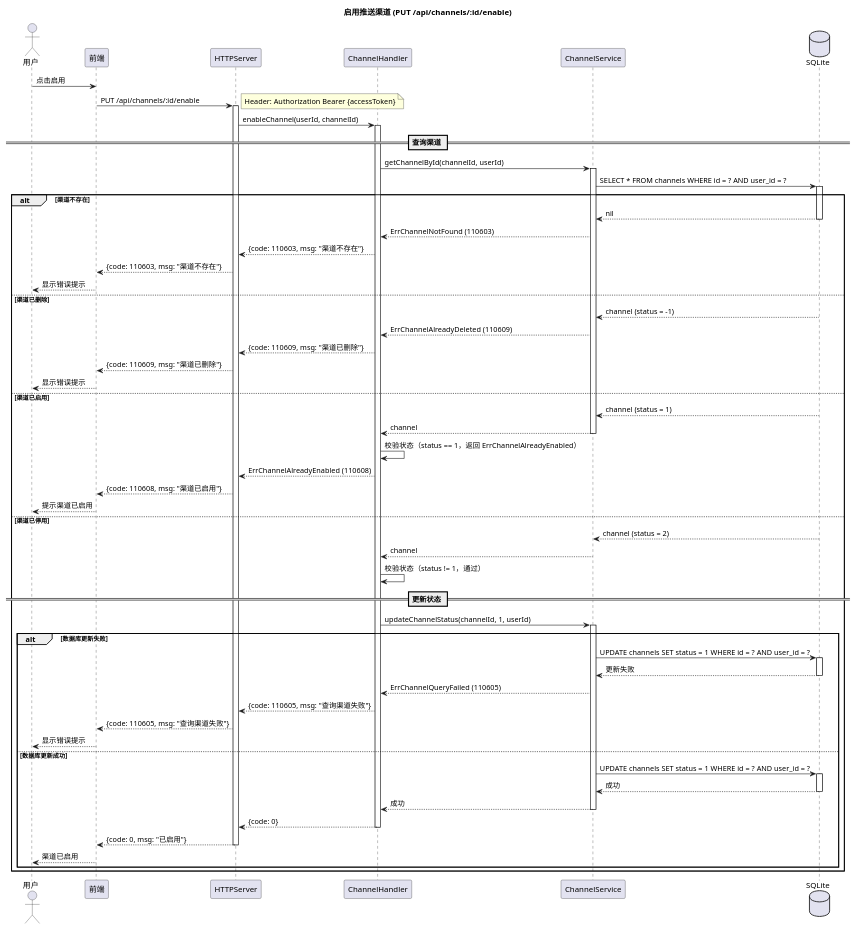
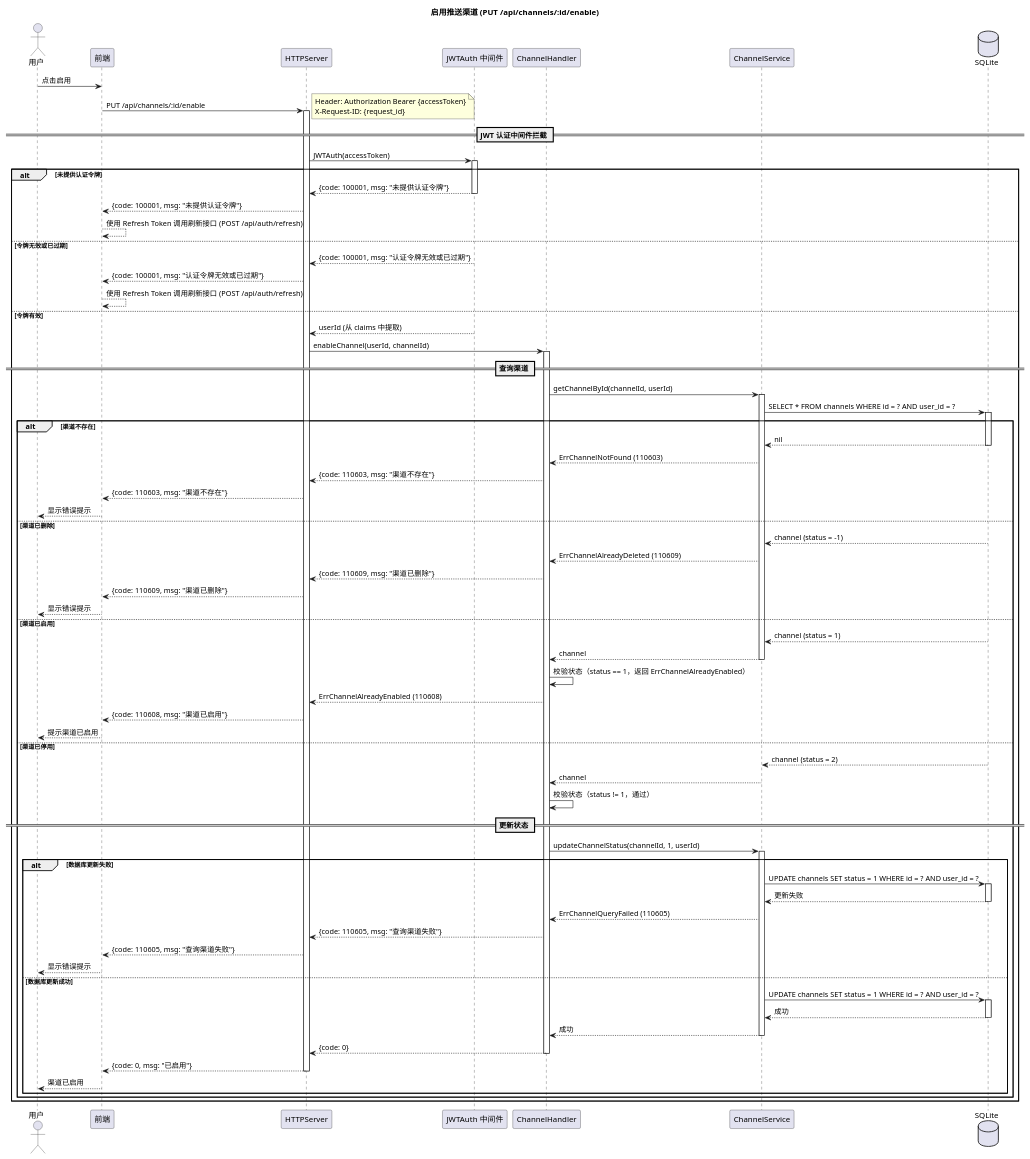
One commit to loommii/OctoTify changed the diagram in docs/uml/02-sequence/03-07-enable-channel.puml. Above: the diagram before and after it, drawn with PlantUML. The commit also changed 20 other files, not shown here.

First line of the commit message:
📝 docs(uml): 为消息模块时序图添加 JWT 认证流程

```diff
--- a/docs/uml/02-sequence/03-07-enable-channel.puml
+++ b/docs/uml/02-sequence/03-07-enable-channel.puml
@@ -1,88 +1,109 @@
 @startuml OctoTify_Sequence_EnableChannel
 
 skinparam sequenceStyle svg
 skinparam linetype ortho
 
 title 启用推送渠道 (PUT /api/channels/:id/enable)
 
 actor "用户" as User
 participant "前端" as Frontend
 participant "HTTPServer" as Server
+participant "JWTAuth 中间件" as JWT
 participant "ChannelHandler" as Handler
 participant "ChannelService" as Service
 database "SQLite" as DB
 
 User -> Frontend: 点击启用
 Frontend -> Server: PUT /api/channels/:id/enable
-note right: Header: Authorization Bearer {accessToken}
+note right: Header: Authorization Bearer {accessToken}\nX-Request-ID: {request_id}
 activate Server
-Server -> Handler: enableChannel(userId, channelId)
-activate Handler
 
-== 查询渠道 ==
+== JWT 认证中间件拦截 ==
 
-Handler -> Service: getChannelById(channelId, userId)
-activate Service
-Service -> DB: SELECT * FROM channels WHERE id = ? AND user_id = ?
-activate DB
+Server -> JWT: JWTAuth(accessToken)
+activate JWT
 
-alt 渠道不存在
-    DB --> Service: nil
-    deactivate DB
-    Service --> Handler: ErrChannelNotFound (110603)
-    Handler --> Server: {code: 110603, msg: "渠道不存在"}
-    Server --> Frontend: {code: 110603, msg: "渠道不存在"}
-    Frontend --> User: 显示错误提示
-else 渠道已删除
-    DB --> Service: channel (status = -1)
-    deactivate DB
-    Service --> Handler: ErrChannelAlreadyDeleted (110609)
-    Handler --> Server: {code: 110609, msg: "渠道已删除"}
-    Server --> Frontend: {code: 110609, msg: "渠道已删除"}
-    Frontend --> User: 显示错误提示
-else 渠道已启用
-    DB --> Service: channel (status = 1)
-    deactivate DB
-    Service --> Handler: channel
-    deactivate Service
-    Handler -> Handler: 校验状态（status == 1，返回 ErrChannelAlreadyEnabled）
-    Handler --> Server: ErrChannelAlreadyEnabled (110608)
-    Server --> Frontend: {code: 110608, msg: "渠道已启用"}
-    Frontend --> User: 提示渠道已启用
-else 渠道已停用
-    DB --> Service: channel (status = 2)
-    deactivate DB
-    Service --> Handler: channel
-    deactivate Service
-    Handler -> Handler: 校验状态（status != 1，通过）
+alt 未提供认证令牌
+    JWT --> Server: {code: 100001, msg: "未提供认证令牌"}
+    deactivate JWT
+    Server --> Frontend: {code: 100001, msg: "未提供认证令牌"}
+    Frontend --> Frontend: 使用 Refresh Token 调用刷新接口 (POST /api/auth/refresh)
+else 令牌无效或已过期
+    JWT --> Server: {code: 100001, msg: "认证令牌无效或已过期"}
+    deactivate JWT
+    Server --> Frontend: {code: 100001, msg: "认证令牌无效或已过期"}
+    Frontend --> Frontend: 使用 Refresh Token 调用刷新接口 (POST /api/auth/refresh)
+else 令牌有效
+    JWT --> Server: userId (从 claims 中提取)
+    deactivate JWT
+    Server -> Handler: enableChannel(userId, channelId)
+    activate Handler
 
-    == 更新状态 ==
+    == 查询渠道 ==
 
-    Handler -> Service: updateChannelStatus(channelId, 1, userId)
+    Handler -> Service: getChannelById(channelId, userId)
     activate Service
+    Service -> DB: SELECT * FROM channels WHERE id = ? AND user_id = ?
+    activate DB
 
-    alt 数据库更新失败
-        Service -> DB: UPDATE channels SET status = 1 WHERE id = ? AND user_id = ?
-        activate DB
-        DB --> Service: 更新失败
+    alt 渠道不存在
+        DB --> Service: nil
         deactivate DB
-        Service --> Handler: ErrChannelQueryFailed (110605)
-        Handler --> Server: {code: 110605, msg: "查询渠道失败"}
-        Server --> Frontend: {code: 110605, msg: "查询渠道失败"}
+        Service --> Handler: ErrChannelNotFound (110603)
+        Handler --> Server: {code: 110603, msg: "渠道不存在"}
+        Server --> Frontend: {code: 110603, msg: "渠道不存在"}
         Frontend --> User: 显示错误提示
-    else 数据库更新成功
-        Service -> DB: UPDATE channels SET status = 1 WHERE id = ? AND user_id = ?
-        activate DB
-        DB --> Service: 成功
+    else 渠道已删除
+        DB --> Service: channel (status = -1)
         deactivate DB
-        Service --> Handler: 成功
+        Service --> Handler: ErrChannelAlreadyDeleted (110609)
+        Handler --> Server: {code: 110609, msg: "渠道已删除"}
+        Server --> Frontend: {code: 110609, msg: "渠道已删除"}
+        Frontend --> User: 显示错误提示
+    else 渠道已启用
+        DB --> Service: channel (status = 1)
+        deactivate DB
+        Service --> Handler: channel
         deactivate Service
-        Handler --> Server: {code: 0}
-        deactivate Handler
-        Server --> Frontend: {code: 0, msg: "已启用"}
-        deactivate Server
-        Frontend --> User: 渠道已启用
+        Handler -> Handler: 校验状态（status == 1，返回 ErrChannelAlreadyEnabled）
+        Handler --> Server: ErrChannelAlreadyEnabled (110608)
+        Server --> Frontend: {code: 110608, msg: "渠道已启用"}
+        Frontend --> User: 提示渠道已启用
+    else 渠道已停用
+        DB --> Service: channel (status = 2)
+        deactivate DB
+        Service --> Handler: channel
+        deactivate Service
+        Handler -> Handler: 校验状态（status != 1，通过）
+
+        == 更新状态 ==
+
+        Handler -> Service: updateChannelStatus(channelId, 1, userId)
+        activate Service
+
+        alt 数据库更新失败
+            Service -> DB: UPDATE channels SET status = 1 WHERE id = ? AND user_id = ?
+            activate DB
+            DB --> Service: 更新失败
+            deactivate DB
+            Service --> Handler: ErrChannelQueryFailed (110605)
+            Handler --> Server: {code: 110605, msg: "查询渠道失败"}
+            Server --> Frontend: {code: 110605, msg: "查询渠道失败"}
+            Frontend --> User: 显示错误提示
+        else 数据库更新成功
+            Service -> DB: UPDATE channels SET status = 1 WHERE id = ? AND user_id = ?
+            activate DB
+            DB --> Service: 成功
+            deactivate DB
+            Service --> Handler: 成功
+            deactivate Service
+            Handler --> Server: {code: 0}
+            deactivate Handler
+            Server --> Frontend: {code: 0, msg: "已启用"}
+            deactivate Server
+            Frontend --> User: 渠道已启用
+        end
     end
 end
 
 @enduml
```
